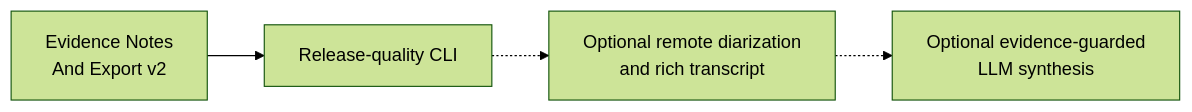
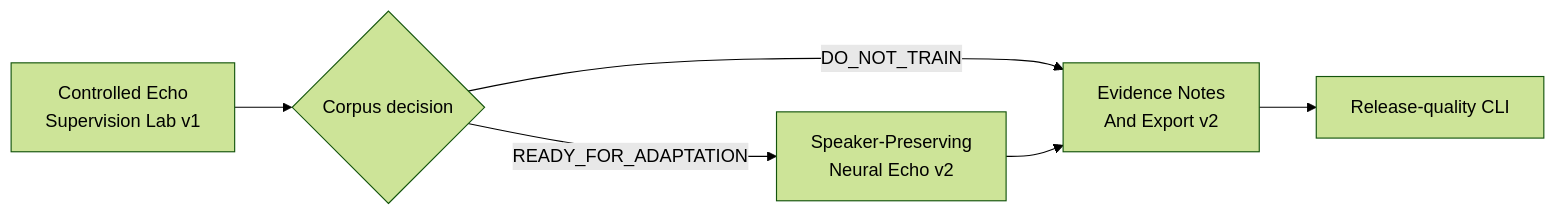
One commit to asukhodko/murmurmark changed the diagram in docs/project/current-goal.md. Above: the diagram before and after it, drawn with Mermaid (forest theme). The commit also changed other lines of this file and 19 other files, not shown here.

Commit message:
feat: add controlled echo supervision lab

````diff
--- a/docs/project/current-goal.md
+++ b/docs/project/current-goal.md
@@ -98,11 +131,14 @@
 ```mermaid
 flowchart LR
-    A["Evidence Notes<br/>And Export v2"]
-    B["Release-quality CLI"]
-    C["Optional remote diarization<br/>and rich transcript"]
-    D["Optional evidence-guarded<br/>LLM synthesis"]
+    A["Controlled Echo<br/>Supervision Lab v1"]
+    B{"Corpus decision"}
+    C["Speaker-Preserving<br/>Neural Echo v2"]
+    D["Evidence Notes<br/>And Export v2"]
+    E["Release-quality CLI"]
 
     A --> B
-    B -.-> C
-    C -.-> D
+    B -->|"READY_FOR_ADAPTATION"| C
+    B -->|"DO_NOT_TRAIN"| D
+    C --> D
+    D --> E
 ```
````
